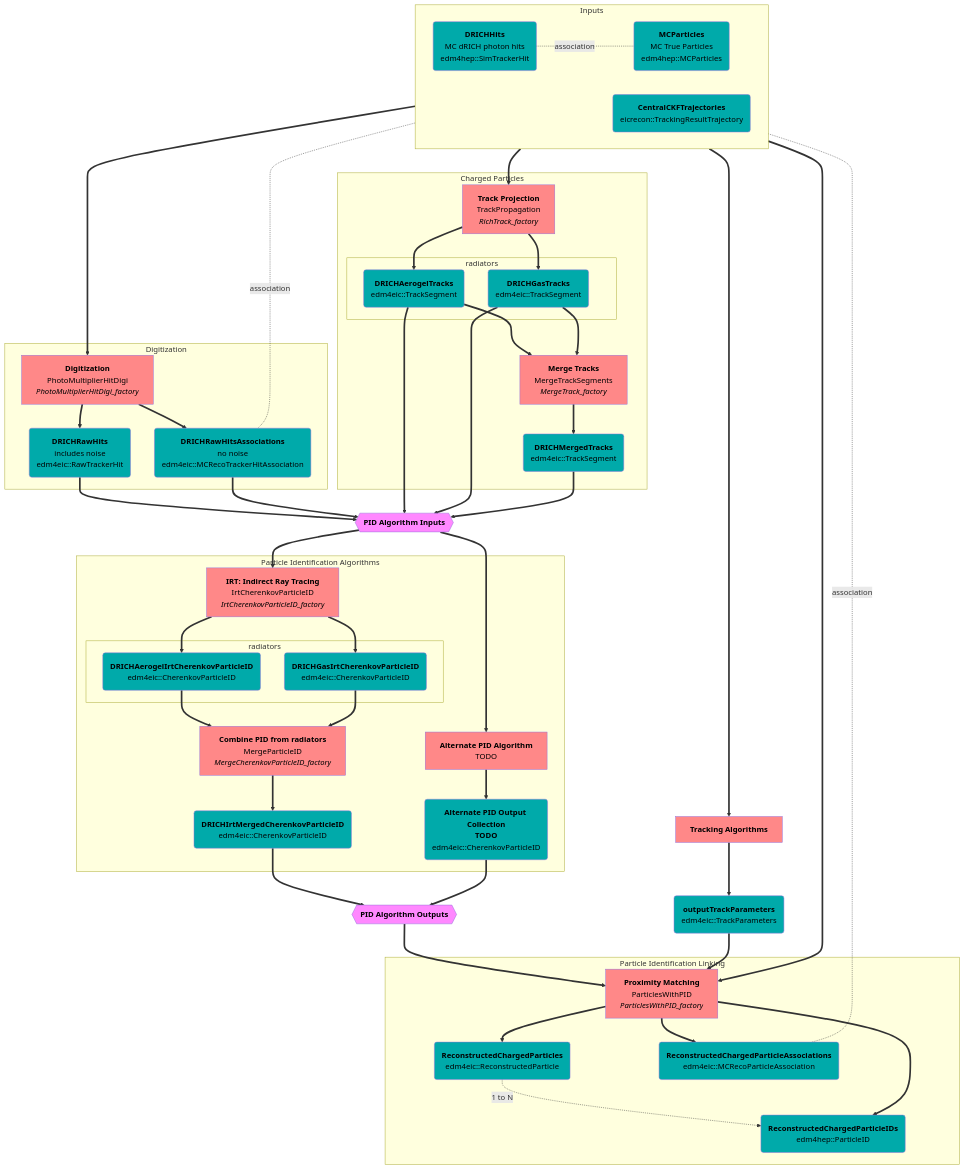
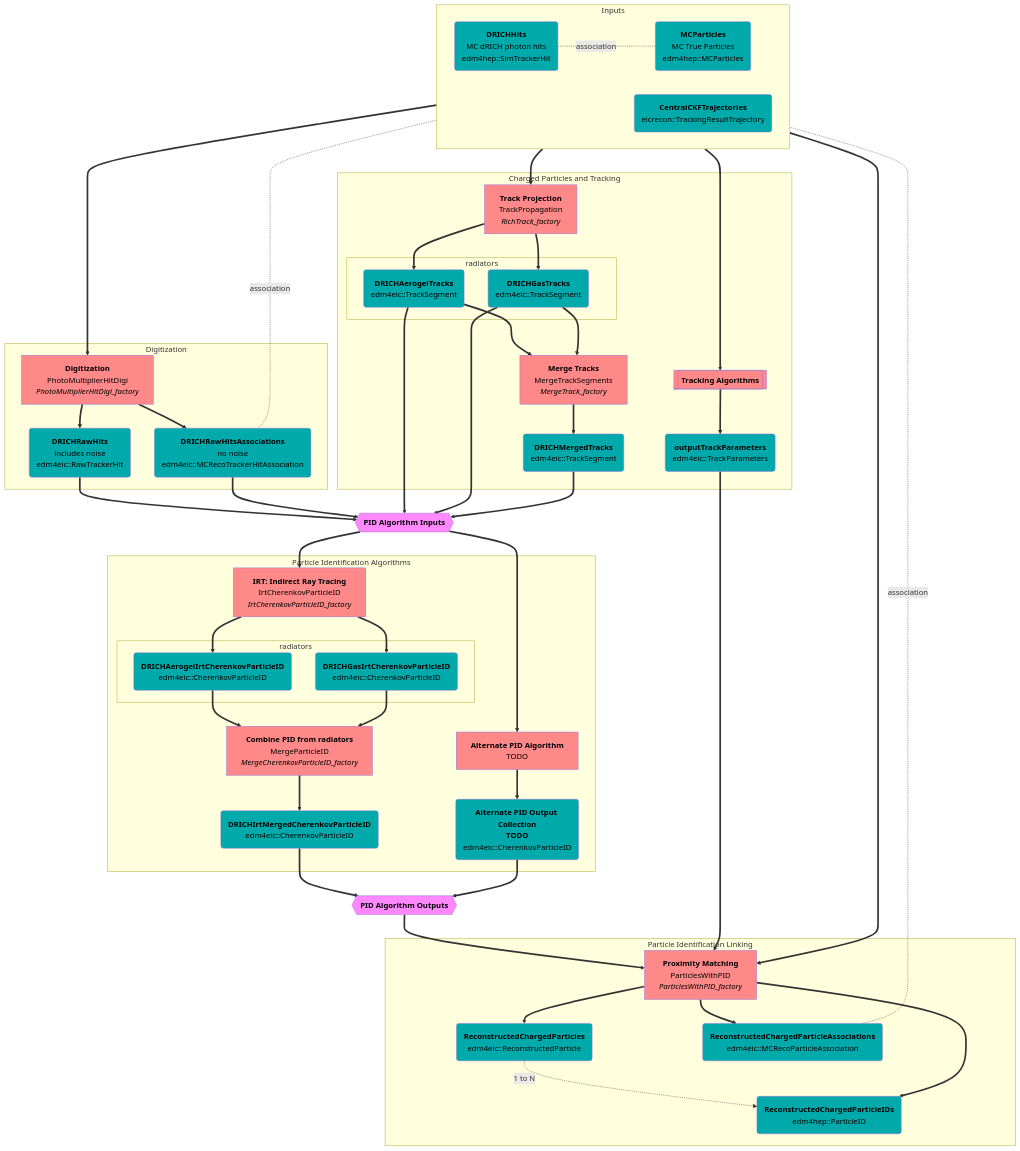
One commit to eic/EICrecon changed the second of 5 diagrams in src/detectors/DRICH/README.md. Above: the diagram before and after it, drawn with Mermaid.

```diff
--- a/src/detectors/DRICH/README.md
+++ b/src/detectors/DRICH/README.md
@@ -36,7 +36,7 @@
     HitAssocs(<strong>DRICHRawHitsAssociations</strong><br/>no noise<br/>edm4eic::MCRecoTrackerHitAssociation):::col
   end
 
-  subgraph Charged Particles
+  subgraph Charged Particles and Tracking
     PropagatorAlg[<strong>Track Projection</strong><br/>TrackPropagation<br/><i>RichTrack_factory</i>]:::alg
     subgraph rad1 [radiators]
       AerogelTracks(<strong>DRICHAerogelTracks</strong><br/>edm4eic::TrackSegment):::col
@@ -48,6 +48,9 @@
     %% MirrorTracks(<strong>DRICHMirrorTracks - TODO</strong><br/>edm4eic::TrackSegment):::col
     %% ReflectionsAlg[<strong>Track Reflections - TODO</strong><br/>RichTrackReflection<br/><i>RichTrackReflection_factory</i>]:::alg
     %% Reflections(<strong>DRICHTrackReflections - TODO</strong><br/>edm4eic::TrackSegment):::col
+
+    TrackingAlgos[[<strong>Tracking Algorithms</strong>]]:::alg
+    TrackParameters(<strong>outputTrackParameters</strong><br/>edm4eic::TrackParameters):::col
   end
 
   PIDInputs{{<strong>PID Algorithm Inputs</strong>}}:::misc
@@ -67,9 +70,6 @@
   end
 
   PIDOutputs{{<strong>PID Algorithm Outputs</strong>}}:::misc
-
-  TrackingAlgos[<strong>Tracking Algorithms</strong>]:::alg
-  TrackParameters(<strong>outputTrackParameters</strong><br/>edm4eic::TrackParameters):::col
 
   subgraph Particle Identification Linking
     ProxMatch[<strong>Proximity Matching</strong><br/>ParticlesWithPID<br/><i>ParticlesWithPID_factory</i>]:::alg
```
